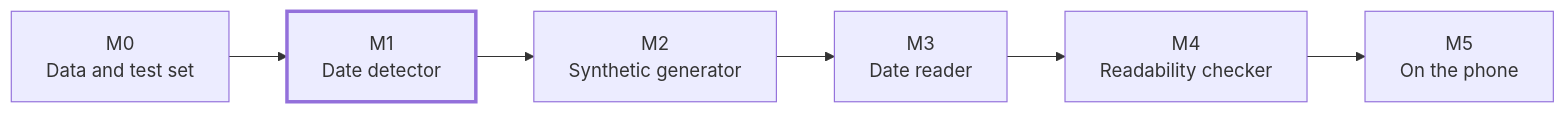
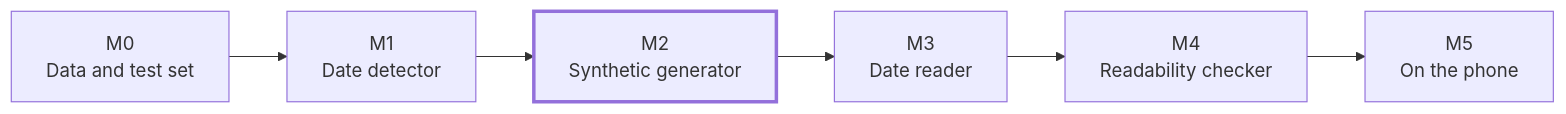
The fourth of 4 diagrams in README.md (aayushroopchandani/bestbefore), drawn with Mermaid before and after one commit. The commit also changed other lines of this file and 2 other files, not shown here.

````diff
--- a/README.md
+++ b/README.md
@@ -142,9 +142,9 @@
 ```mermaid
 flowchart LR
-    M0["M0<br/>Data and test set"] --> M1["M1<br/>Date detector"]:::now
-    M1 --> M2["M2<br/>Synthetic generator"]
+    M0["M0<br/>Data and test set"] --> M1["M1<br/>Date detector"]
+    M1 --> M2["M2<br/>Synthetic generator"]:::now
     M2 --> M3["M3<br/>Date reader"]
     M3 --> M4["M4<br/>Readability checker"]
     M4 --> M5["M5<br/>On the phone"]
     classDef now stroke-width:3px
 ```
````
